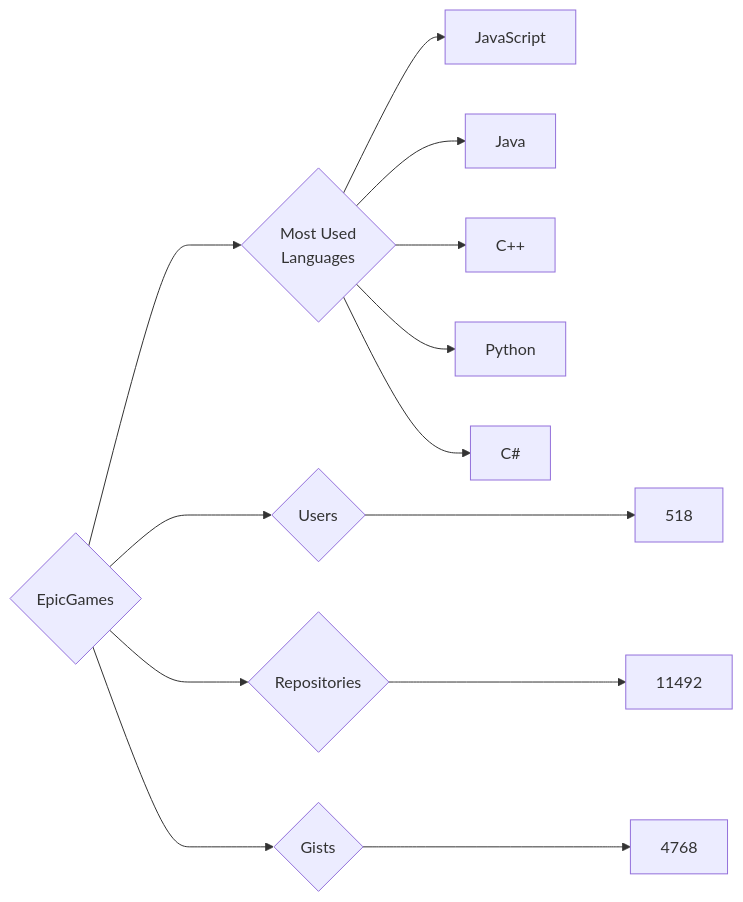
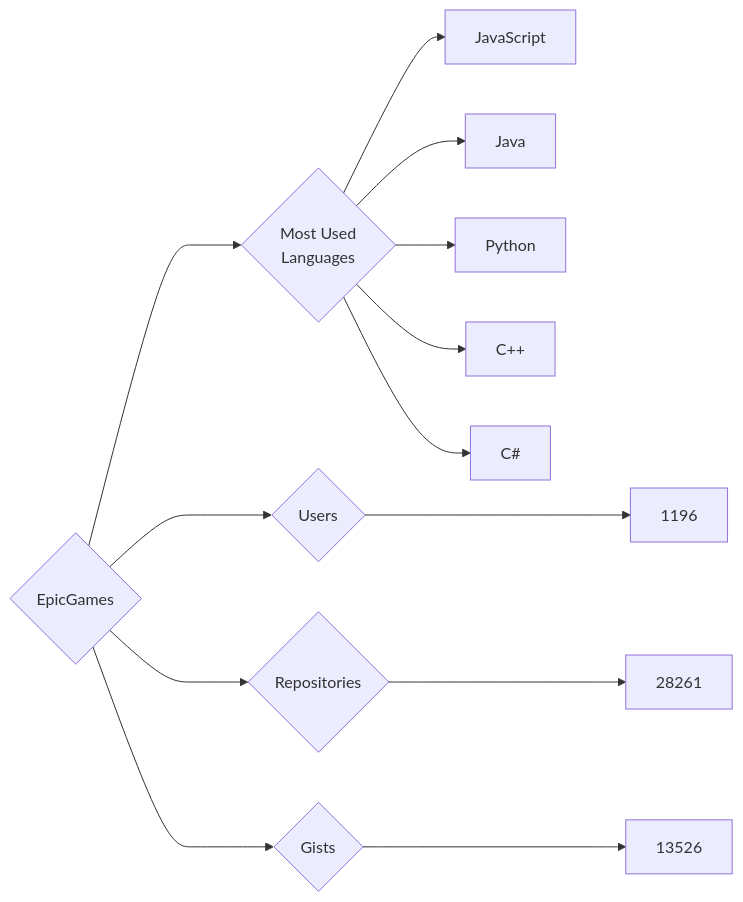
One commit to trickest/insiders changed the diagram in targets/EpicGames/README.md. Above: the diagram before and after it, drawn with Mermaid. The commit also changed 715 other files, not shown here.

````diff
--- a/targets/EpicGames/README.md
+++ b/targets/EpicGames/README.md
@@ -3,13 +3,13 @@
 ```mermaid
 graph LR
 COMPANY_NAME{EpicGames}
-COMPANY_NAME ---> U{Users} ---> UN[518]
-COMPANY_NAME ---> R{Repositories} ---> RN[11492]
-COMPANY_NAME ---> G{Gists} ---> GN[4768]
+COMPANY_NAME ---> U{Users} ---> UN[1196]
+COMPANY_NAME ---> R{Repositories} ---> RN[28261]
+COMPANY_NAME ---> G{Gists} ---> GN[13526]
 COMPANY_NAME ---> ML{Most Used<br>Languages}
 ML --> JavaScript[JavaScript]
 ML --> Java[Java]
+ML --> Python[Python]
 ML --> C++[C++]
-ML --> Python[Python]
 ML --> C#[C#]
 ```
````
